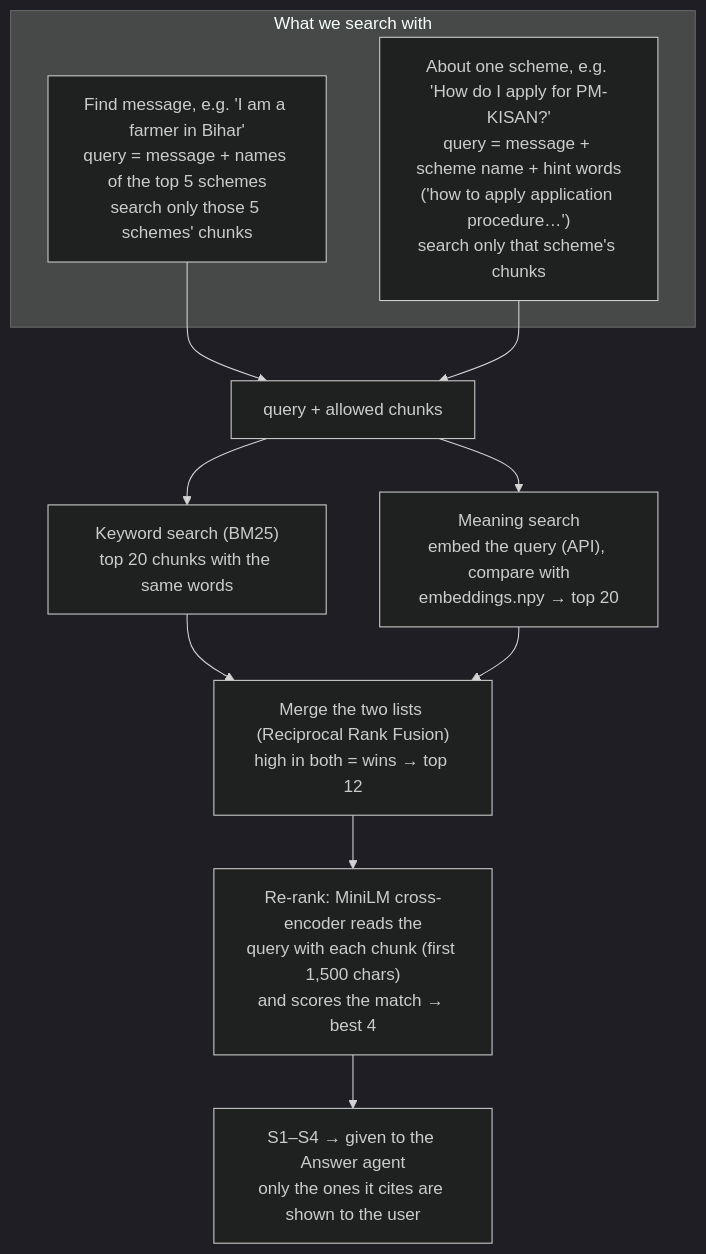
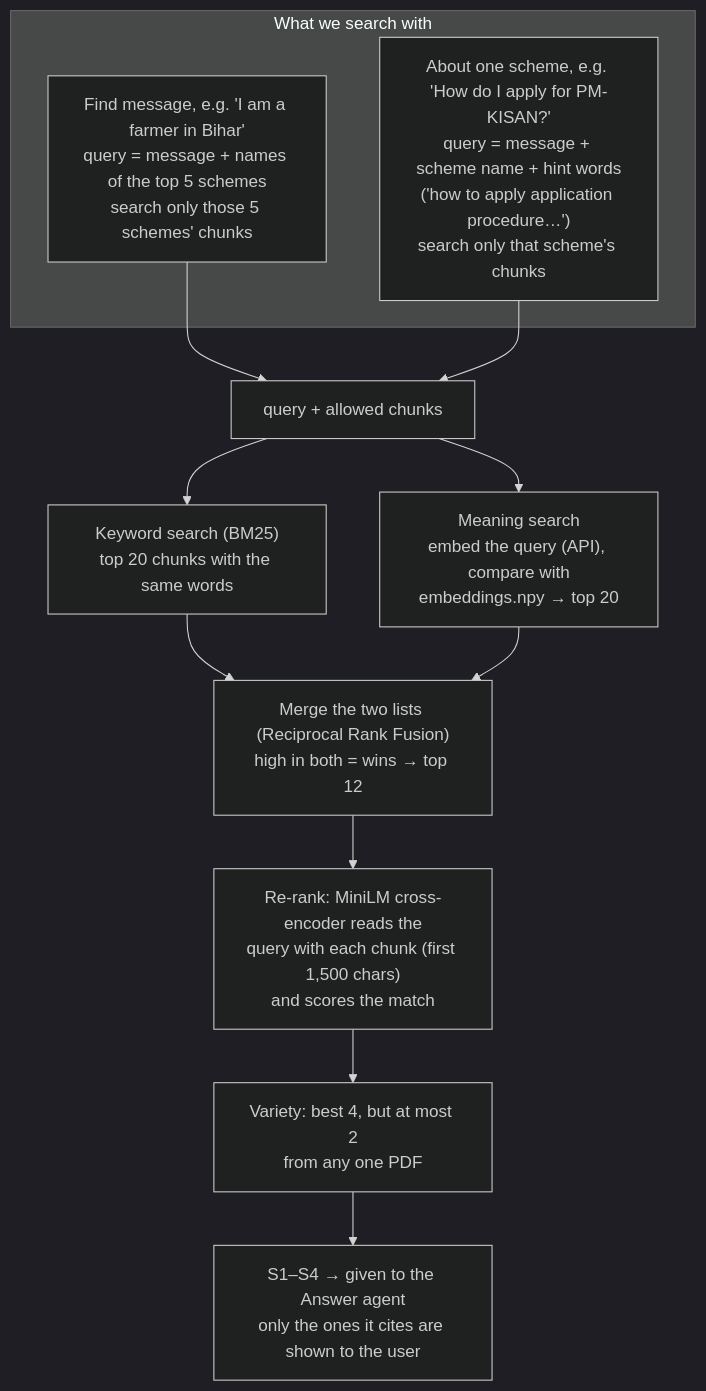
The third of 3 diagrams in docs/RAG_AND_EMBEDDINGS.md (aakash-github/jansahayak), drawn with Mermaid (dark theme) before and after one commit. The commit also changed other lines of this file and 26 other files, not shown here.

````diff
--- a/docs/RAG_AND_EMBEDDINGS.md
+++ b/docs/RAG_AND_EMBEDDINGS.md
@@ -119,15 +134,16 @@
 ```mermaid
 flowchart TD
   subgraph IN ["What we search with"]
     F["Find message, e.g. 'I am a farmer in Bihar'<br/>query = message + names of the top 5 schemes<br/>search only those 5 schemes' chunks"]
     O["About one scheme, e.g. 'How do I apply for PM-KISAN?'<br/>query = message + scheme name + hint words<br/>('how to apply application procedure…')<br/>search only that scheme's chunks"]
   end
   F --> Q["query + allowed chunks"]
   O --> Q
   Q --> K["Keyword search (BM25)<br/>top 20 chunks with the same words"]
   Q --> M["Meaning search<br/>embed the query (API), compare with<br/>embeddings.npy → top 20"]
   K --> RRF["Merge the two lists (Reciprocal Rank Fusion)<br/>high in both = wins → top 12"]
   M --> RRF
-  RRF --> RR["Re-rank: MiniLM cross-encoder reads the<br/>query with each chunk (first 1,500 chars)<br/>and scores the match → best 4"]
-  RR --> S["S1–S4 → given to the Answer agent<br/>only the ones it cites are shown to the user"]
+  RRF --> RR["Re-rank: MiniLM cross-encoder reads the<br/>query with each chunk (first 1,500 chars)<br/>and scores the match"]
+  RR --> DV["Variety: best 4, but at most 2<br/>from any one PDF"]
+  DV --> S["S1–S4 → given to the Answer agent<br/>only the ones it cites are shown to the user"]
 ```
````
